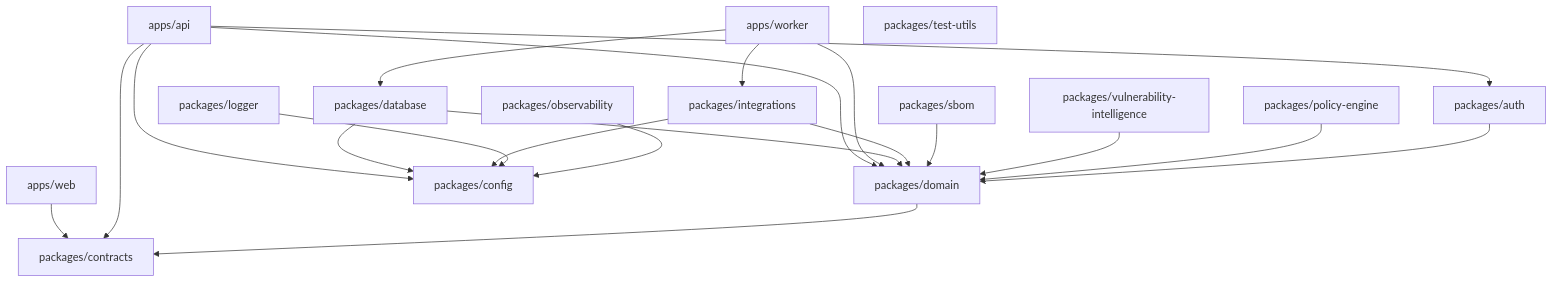
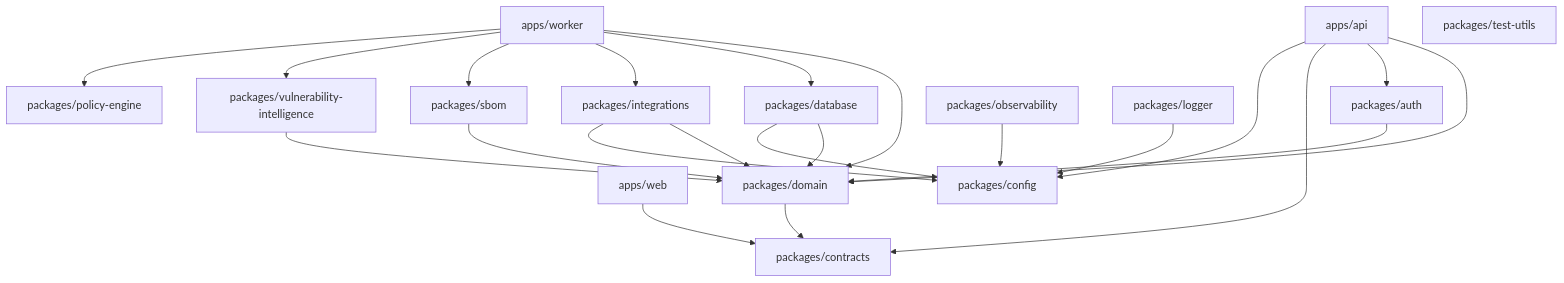
One commit to rudzy123/patchpilot changed the diagram in docs/architecture/component-architecture.md. Above: the diagram before and after it, drawn with Mermaid. The commit also changed other lines of this file and 26 other files, not shown here.

````diff
--- a/docs/architecture/component-architecture.md
+++ b/docs/architecture/component-architecture.md
@@ -17,37 +17,39 @@
 ```mermaid
 flowchart TB
   web[apps/web]
   api[apps/api]
   worker[apps/worker]
   domain[packages/domain]
   db[packages/database]
   integ[packages/integrations]
   sbom[packages/sbom]
   intel[packages/vulnerability-intelligence]
   policy[packages/policy-engine]
   auth[packages/auth]
   contracts[packages/contracts]
   config[packages/config]
   obs[packages/observability]
   log[packages/logger]
   tests[packages/test-utils]
   web --> contracts
   api --> domain
   api --> auth
   api --> contracts
   api --> config
   worker --> domain
   worker --> db
   worker --> integ
+  worker --> sbom
+  worker --> intel
+  worker --> policy
   domain --> contracts
   db --> domain
   integ --> domain
   sbom --> domain
   intel --> domain
-  policy --> domain
   auth --> domain
   db --> config
   integ --> config
   log --> config
   obs --> config
 ```
````
